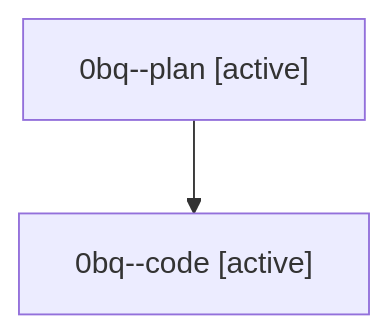
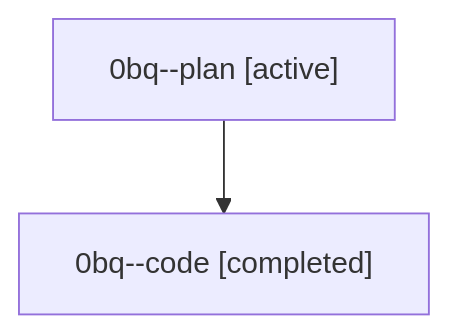
Before and after one commit to sase-org/sase--agents: the diagram in families/bbugyi200.athena.0bq.md, drawn with Mermaid. The commit also changed other lines of this file and 35830 other files, not shown here.

````diff
--- a/families/bbugyi200.athena.0bq.md
+++ b/families/bbugyi200.athena.0bq.md
@@ -9,6 +9,6 @@
 ```mermaid
 flowchart TD
   n0["0bq--plan [active]"]
-  n1["0bq--code [active]"]
+  n1["0bq--code [completed]"]
   n0 --> n1
 ```
````
